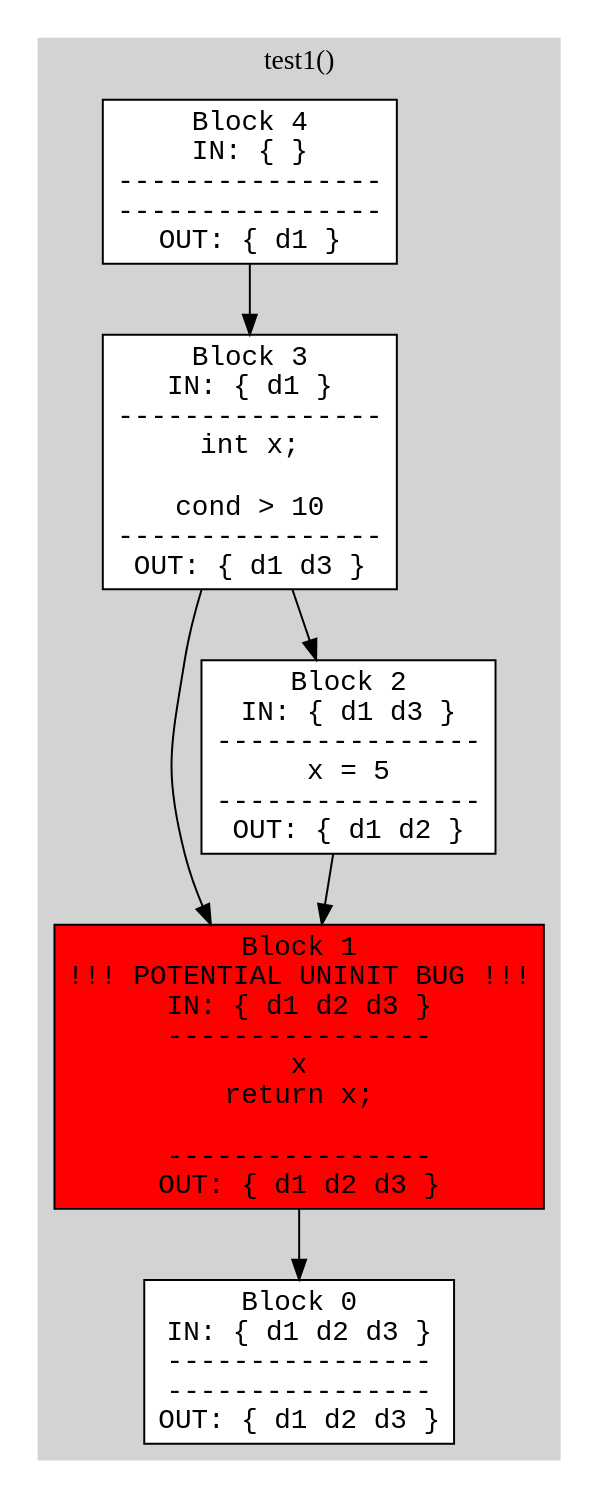
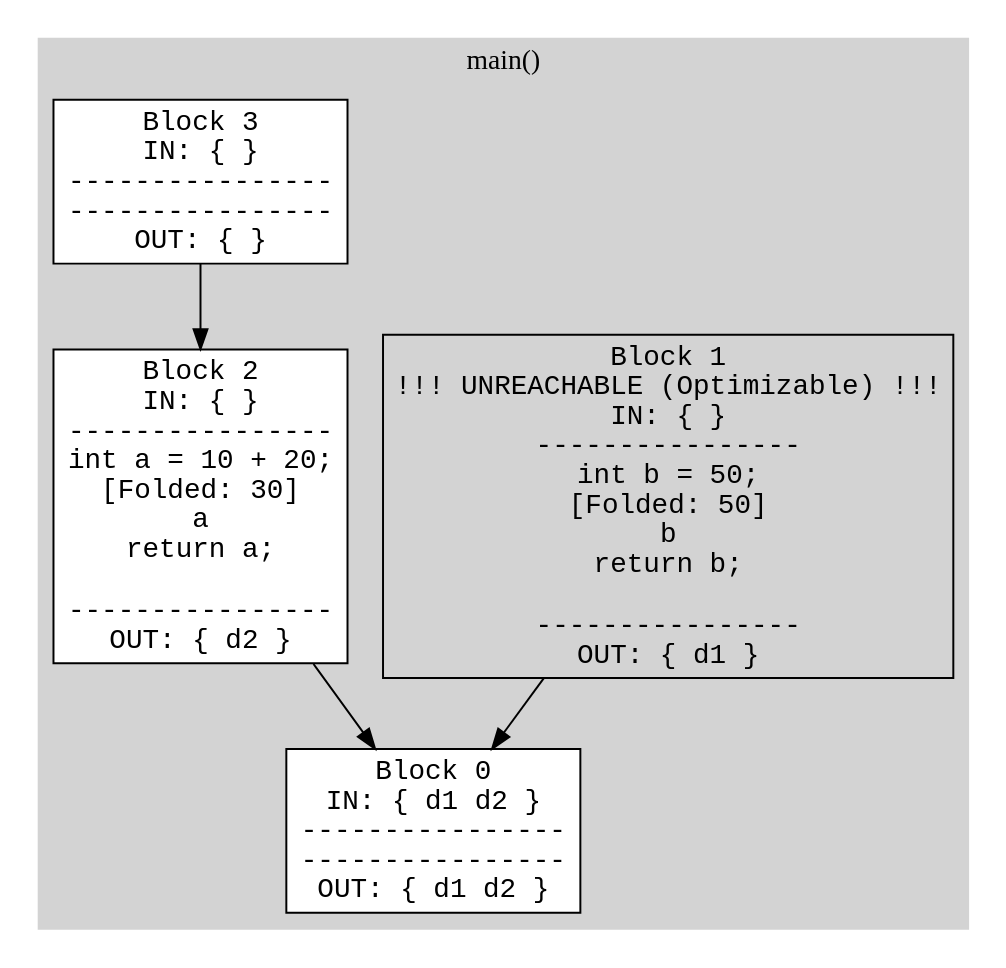
One commit to shivamkumar360/cs202_project changed the diagram in build/program_cfg.dot. Above: the diagram before and after it, drawn with Graphviz. The commit also changed 7 other files, not shown here.

```diff
--- a/build/program_cfg.dot
+++ b/build/program_cfg.dot
@@ -1,17 +1,14 @@
 digraph ProgramCFG {
   node [shape=box, fontname="Courier"];
-  subgraph cluster_test1 {
-    label = "test1()";
+  subgraph cluster_main {
+    label = "main()";
     style=filled; color=lightgrey;
-    test1_Node0 [label="Block 0\nIN: { d1 d2 d3 }\n----------------\n----------------\nOUT: { d1 d2 d3 }", style=filled, fillcolor=white];
-    test1_Node1 [label="Block 1\n!!! POTENTIAL UNINIT BUG !!!\nIN: { d1 d2 d3 }\n----------------\nx\nreturn x;\n\n----------------\nOUT: { d1 d2 d3 }", style=filled, fillcolor=red];
-    test1_Node1 -> test1_Node0;
-    test1_Node2 [label="Block 2\nIN: { d1 d3 }\n----------------\nx = 5\n----------------\nOUT: { d1 d2 }", style=filled, fillcolor=white];
-    test1_Node2 -> test1_Node1;
-    test1_Node3 [label="Block 3\nIN: { d1 }\n----------------\nint x;\n\ncond > 10\n----------------\nOUT: { d1 d3 }", style=filled, fillcolor=white];
-    test1_Node3 -> test1_Node2;
-    test1_Node3 -> test1_Node1;
-    test1_Node4 [label="Block 4\nIN: { }\n----------------\n----------------\nOUT: { d1 }", style=filled, fillcolor=white];
-    test1_Node4 -> test1_Node3;
+    main_Node0 [label="Block 0\nIN: { d1 d2 }\n----------------\n----------------\nOUT: { d1 d2 }", style=filled, fillcolor=white];
+    main_Node1 [label="Block 1\n!!! UNREACHABLE (Optimizable) !!!\nIN: { }\n----------------\nint b = 50;\n [Folded: 50]\nb\nreturn b;\n\n----------------\nOUT: { d1 }", style=filled, fillcolor=lightgray];
+    main_Node1 -> main_Node0;
+    main_Node2 [label="Block 2\nIN: { }\n----------------\nint a = 10 + 20;\n [Folded: 30]\na\nreturn a;\n\n----------------\nOUT: { d2 }", style=filled, fillcolor=white];
+    main_Node2 -> main_Node0;
+    main_Node3 [label="Block 3\nIN: { }\n----------------\n----------------\nOUT: { }", style=filled, fillcolor=white];
+    main_Node3 -> main_Node2;
   }
 }
```
